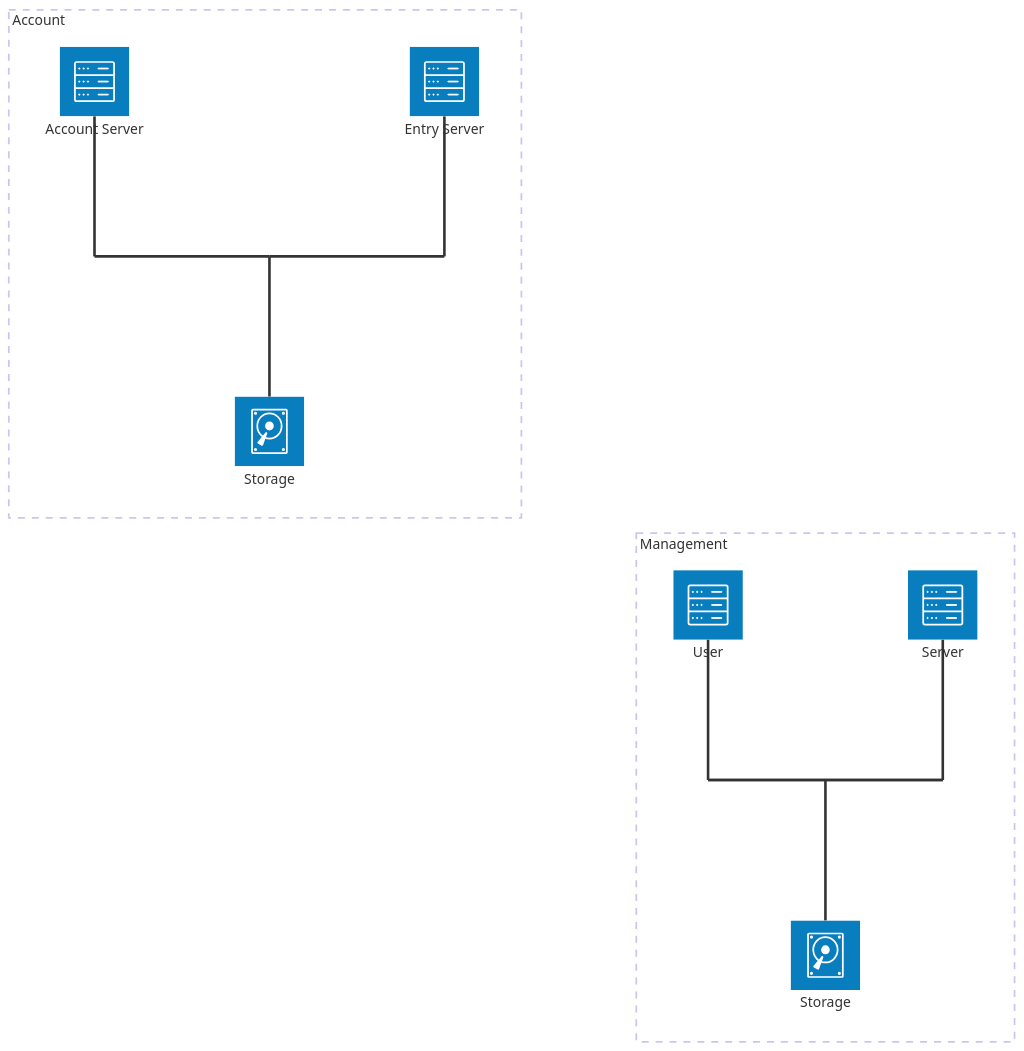
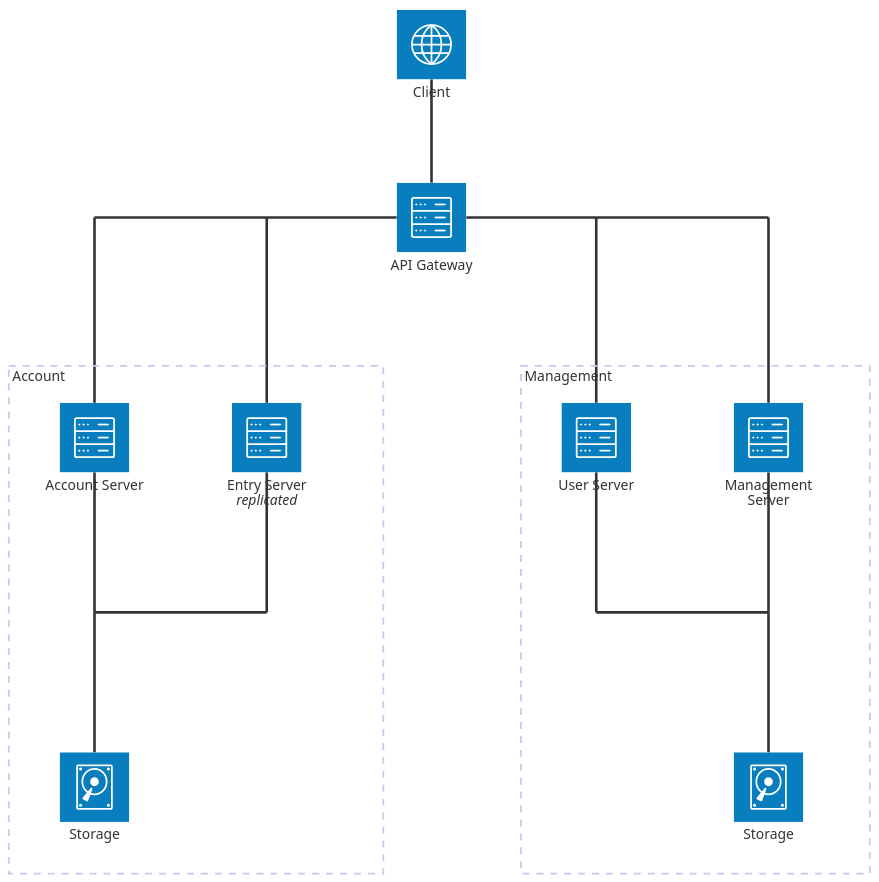
Before and after one commit to ilhammhdd/pitih: the diagram in doc/architecture-diagram.mermaid, drawn with Mermaid. The commit also changed 3 other files, not shown here.

Commit message:
reversal API in bruno, API gateway in architecture diagram

```diff
--- a/doc/architecture-diagram.mermaid
+++ b/doc/architecture-diagram.mermaid
@@ -1,32 +1,49 @@
-%% v1.0.0
+%% v2.0.0
 architecture-beta
+    service client(internet)[Client]
+    service apiGateway(server)[API Gateway]
+
     group management[Management]
-    service user(server)[User] in management
-    service managementServer(server)[Server] in management
+    service userServer(server)[User Server] in management
+    service managementServer(server)[Management Server] in management
     service managementStorage(disk)[Storage] in management
 
     junction leftManagement in management
     junction centerManagement in management
-    junction rightManagement in management
 
-    user:B -- T:leftManagement
-    managementServer:B -- T:rightManagement
-    leftManagement:R -- L:rightManagement
+    userServer:B -- T:leftManagement
+    managementServer:B -- T:centerManagement
     centerManagement:L -- R:leftManagement
-    centerManagement:R -- L:rightManagement
     centerManagement:B -- T:managementStorage
 
     group account[Account]
     service accountServer(server)[Account Server] in account
-    service entryServer(server)[Entry Server] in account
+    service entryServerReplicated(server)[Entry Server _replicated_] in account
     service accountStorage(disk)[Storage] in account
 
     junction centerAccount in account
-    junction leftAccount in account
     junction rightAccount in account
 
-    accountServer:B -- T:leftAccount
-    entryServer:B -- T:rightAccount
-    leftAccount:R -- L:centerAccount
+    accountServer:B -- T:centerAccount
+    entryServerReplicated:B -- T:rightAccount
     rightAccount:L -- R:centerAccount
     accountStorage:T -- B:centerAccount
+
+    client:B -- T:apiGateway
+
+    junction userServerAPIGateway
+    junction managementServerAPIGateway
+    
+    userServerAPIGateway:B -- T:userServer
+    managementServerAPIGateway:B -- T:managementServer
+    userServerAPIGateway:R -- L:managementServerAPIGateway
+
+    junction accountServerAPIGateway
+    junction entryServerAPIGateway
+
+    accountServerAPIGateway:B -- T:accountServer
+    entryServerAPIGateway:B -- T:entryServerReplicated
+    accountServerAPIGateway:R -- L:entryServerAPIGateway
+
+    apiGateway:R -- L:userServerAPIGateway
+    apiGateway:L -- R:entryServerAPIGateway
```
